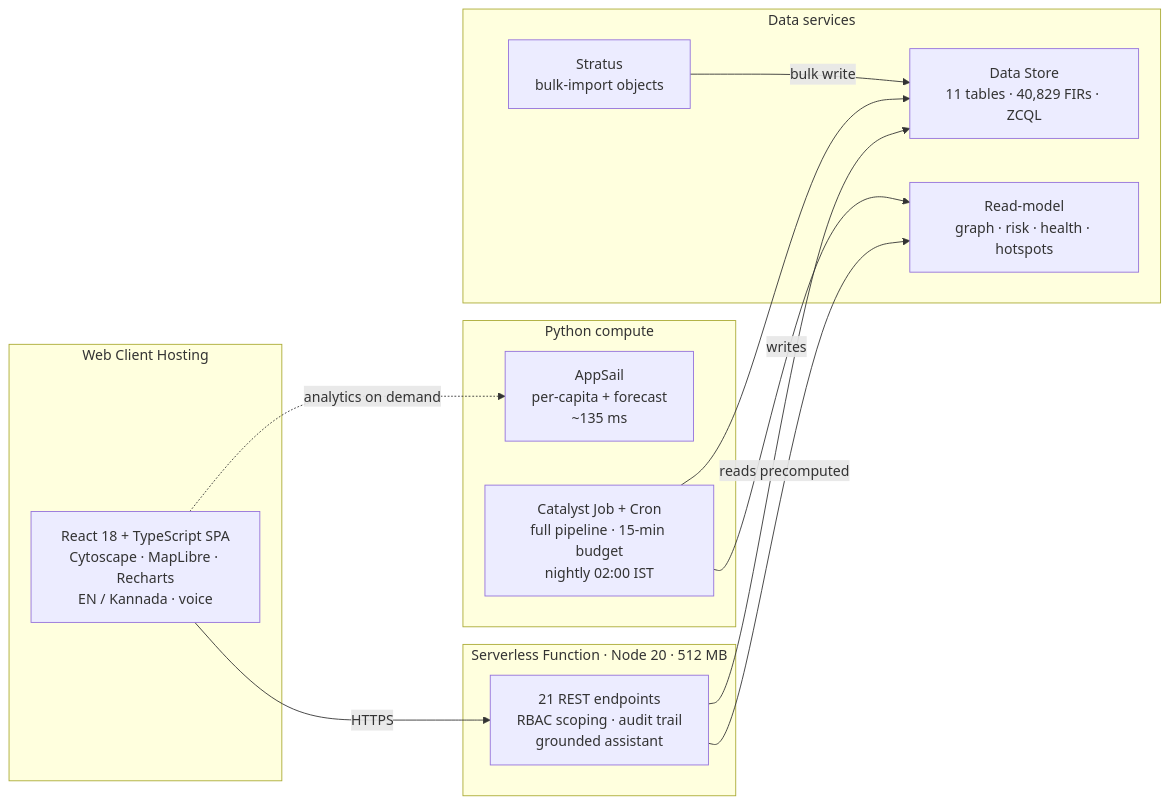
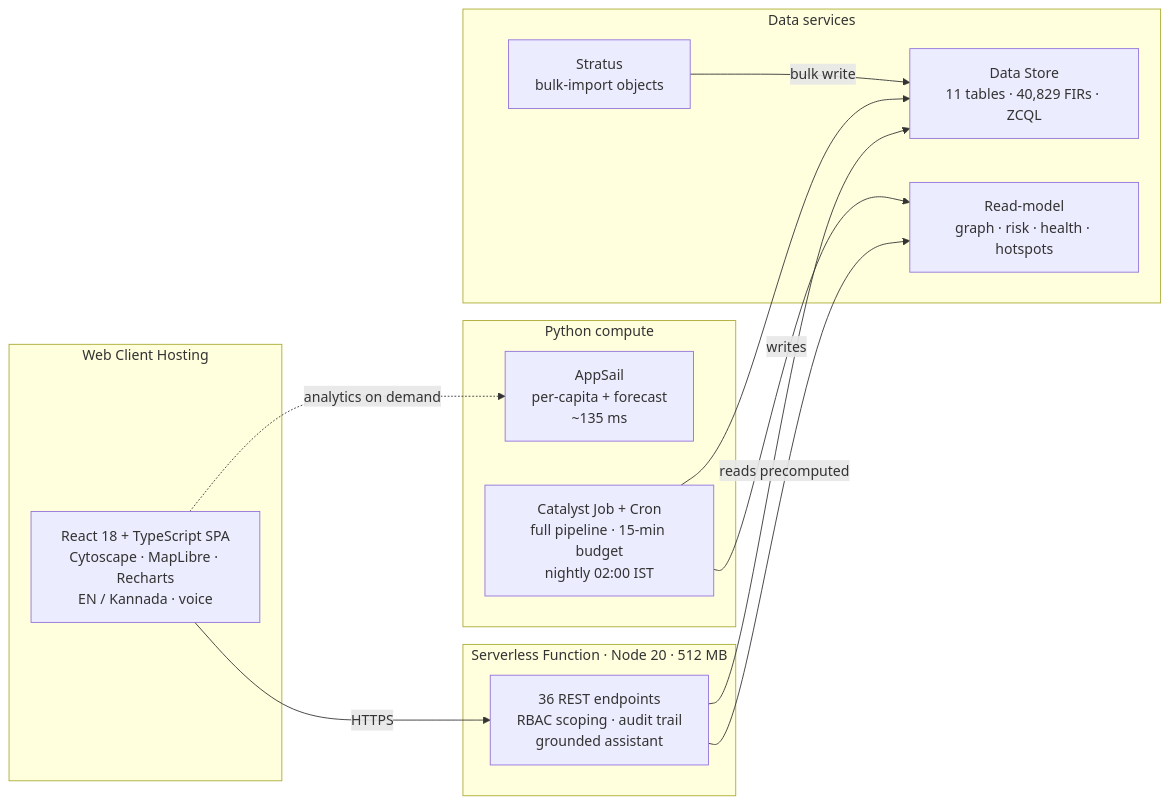
The second of 3 diagrams in README.md (adarshcod30/Kadi), drawn with Mermaid before and after one commit. The commit also changed other lines of this file and 5 other files, not shown here.

````diff
--- a/README.md
+++ b/README.md
@@ -218,26 +218,26 @@
 ```mermaid
 flowchart LR
     subgraph CLIENT["Web Client Hosting"]
         SPA["React 18 + TypeScript SPA<br/>Cytoscape · MapLibre · Recharts<br/>EN / Kannada · voice"]
     end
     subgraph API["Serverless Function · Node 20 · 512 MB"]
-        REST["21 REST endpoints<br/>RBAC scoping · audit trail<br/>grounded assistant"]
+        REST["36 REST endpoints<br/>RBAC scoping · audit trail<br/>grounded assistant"]
     end
     subgraph COMPUTE["Python compute"]
         APPSAIL["AppSail<br/>per-capita + forecast<br/>~135 ms"]
         JOB["Catalyst Job + Cron<br/>full pipeline · 15-min budget<br/>nightly 02:00 IST"]
     end
     subgraph DATA["Data services"]
         DS["Data Store<br/>11 tables · 40,829 FIRs · ZCQL"]
         ST["Stratus<br/>bulk-import objects"]
         RM["Read-model<br/>graph · risk · health · hotspots"]
     end
 
     SPA -->|HTTPS| REST
     REST --> DS
     REST -->|reads precomputed| RM
     JOB -->|writes| RM
     JOB --> DS
     ST -->|bulk write| DS
     SPA -.->|analytics on demand| APPSAIL
 ```
````
